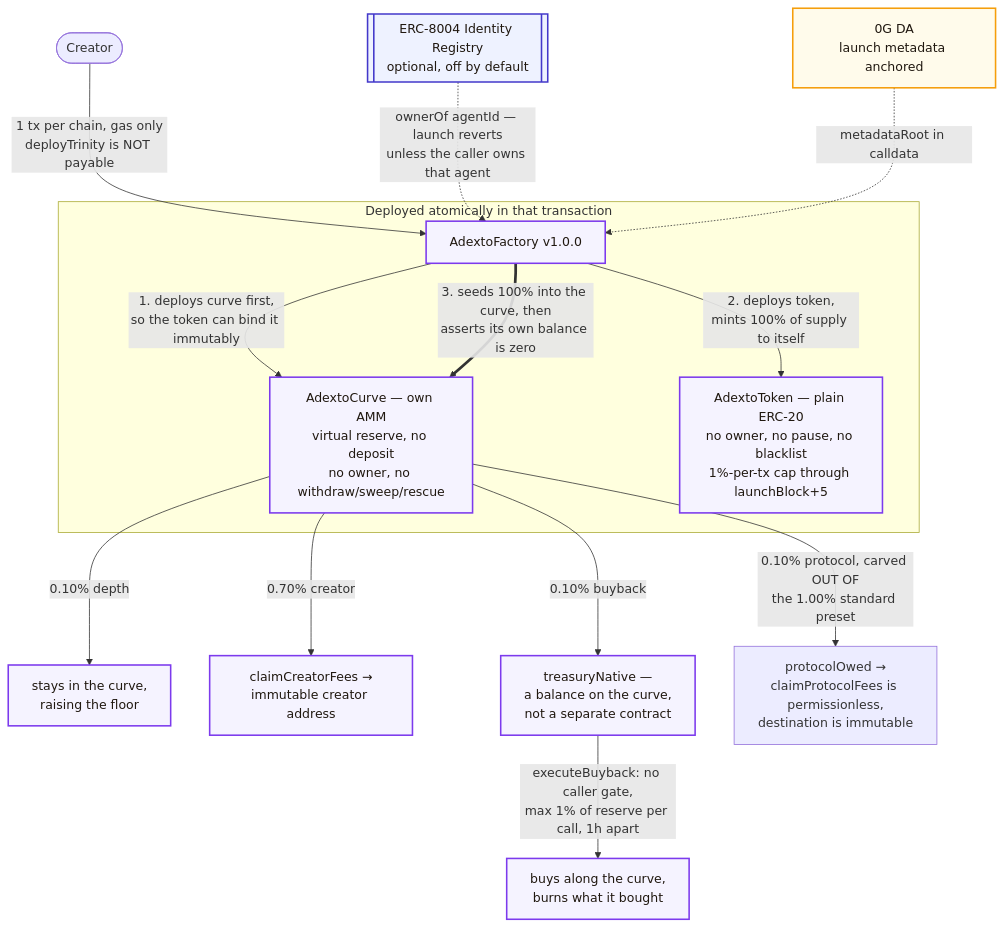
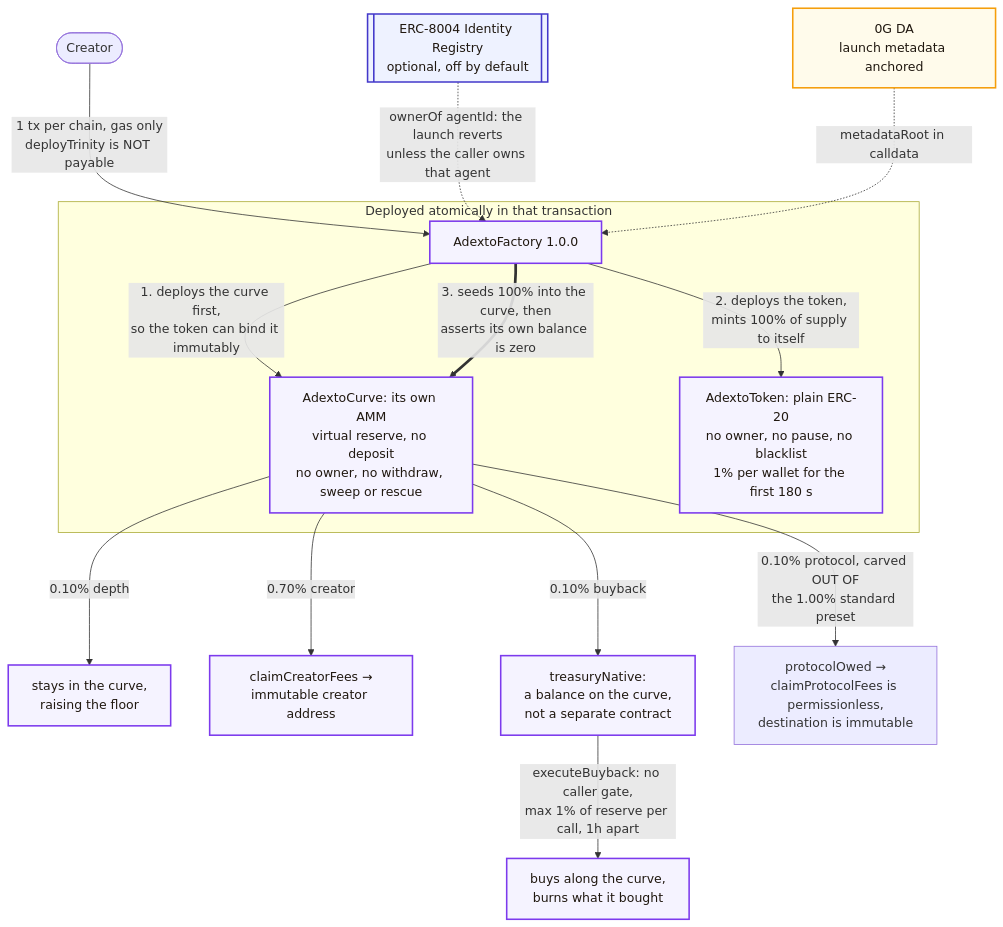
The diagram in README.md (0xcuy/adexto), drawn with Mermaid before and after one commit. The commit also changed other lines of this file and 3 other files, not shown here.

First line of the commit message:
Redesign the README and bring its chain list up to date

````diff
--- a/README.md
+++ b/README.md
@@ -98,27 +224,27 @@
 ```mermaid
 graph TD
-    Creator([Creator]) -->|1 tx per chain, gas only<br/>deployTrinity is NOT payable| Factory[AdextoFactory v1.0.0]
+    Creator([Creator]) -->|1 tx per chain, gas only<br/>deployTrinity is NOT payable| Factory[AdextoFactory 1.0.0]
 
-    Registry[[ERC-8004 Identity Registry<br/>optional, off by default]] -.->|ownerOf agentId — launch reverts<br/>unless the caller owns that agent| Factory
+    Registry[[ERC-8004 Identity Registry<br/>optional, off by default]] -.->|ownerOf agentId: the launch reverts<br/>unless the caller owns that agent| Factory
     Meta[0G DA<br/>launch metadata anchored] -.->|metadataRoot in calldata| Factory
 
     subgraph "Deployed atomically in that transaction"
-        Factory -->|1. deploys curve first,<br/>so the token can bind it immutably| Curve[AdextoCurve — own AMM<br/>virtual reserve, no deposit<br/>no owner, no withdraw/sweep/rescue]
-        Factory -->|2. deploys token,<br/>mints 100% of supply to itself| Token[AdextoToken — plain ERC-20<br/>no owner, no pause, no blacklist<br/>1%-per-tx cap through launchBlock+5]
+        Factory -->|1. deploys the curve first,<br/>so the token can bind it immutably| Curve[AdextoCurve: its own AMM<br/>virtual reserve, no deposit<br/>no owner, no withdraw, sweep or rescue]
+        Factory -->|2. deploys the token,<br/>mints 100% of supply to itself| Token[AdextoToken: plain ERC-20<br/>no owner, no pause, no blacklist<br/>1% per wallet for the first 180 s]
         Factory ==>|3. seeds 100% into the curve, then<br/>asserts its own balance is zero| Curve
     end
 
     Curve -->|0.10% depth| Depth[stays in the curve,<br/>raising the floor]
     Curve -->|0.70% creator| CreatorFee[claimCreatorFees →<br/>immutable creator address]
-    Curve -->|0.10% buyback| Vault[treasuryNative —<br/>a balance on the curve,<br/>not a separate contract]
+    Curve -->|0.10% buyback| Vault[treasuryNative:<br/>a balance on the curve,<br/>not a separate contract]
     Curve -->|0.10% protocol, carved OUT OF<br/>the 1.00% standard preset| Protocol[protocolOwed →<br/>claimProtocolFees is permissionless,<br/>destination is immutable]
 
     Vault -->|executeBuyback: no caller gate,<br/>max 1% of reserve per call, 1h apart| Burn[buys along the curve,<br/>burns what it bought]
 
     classDef live fill:#f5f3ff,stroke:#7c3aed,stroke-width:2px,color:#201810;
     classDef partial fill:#fffbeb,stroke:#f59e0b,stroke-width:2px,color:#201810;
     classDef ext fill:#eef2ff,stroke:#4338ca,stroke-width:2px,color:#201810;
     class Factory,Token,Curve,Depth,CreatorFee,Vault,Burn live;
     class Meta partial;
     class Registry ext;
 ```
````
